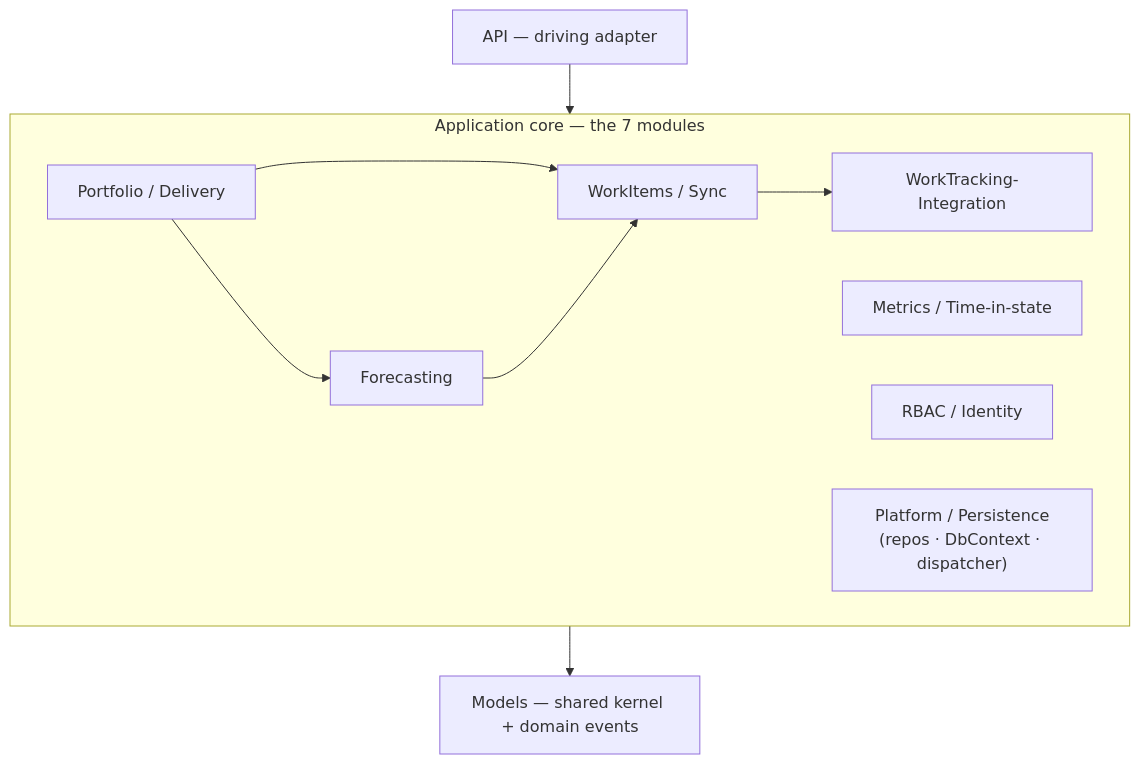
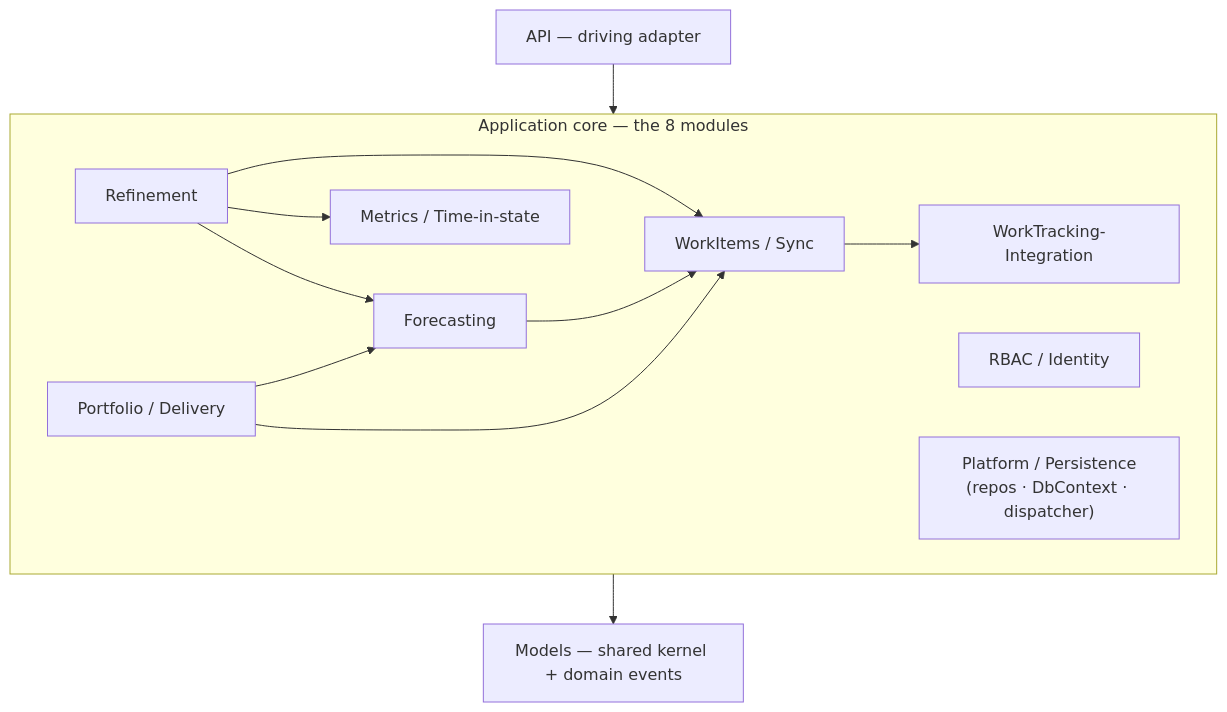
Before and after one commit to LetPeopleWork/Lighthouse: the second of 4 diagrams in ARCHITECTURE.md, drawn with Mermaid. The commit also changed other lines of this file and 16 other files, not shown here.

````diff
--- a/ARCHITECTURE.md
+++ b/ARCHITECTURE.md
@@ -92,20 +93,24 @@
 ```mermaid
 graph TD
   API["API — driving adapter"]
-  subgraph CORE["Application core — the 7 modules"]
+  subgraph CORE["Application core — the 8 modules"]
     WT["WorkTracking-Integration"]
     SYNC["WorkItems / Sync"]
     FC["Forecasting"]
     PD["Portfolio / Delivery"]
     MET["Metrics / Time-in-state"]
     RBAC["RBAC / Identity"]
     PLAT["Platform / Persistence<br/>(repos · DbContext · dispatcher)"]
+    REF["Refinement"]
   end
   KERNEL["Models — shared kernel + domain events"]
   API --> CORE
   CORE --> KERNEL
   SYNC --> WT
   PD --> SYNC
   PD --> FC
   FC --> SYNC
+  REF --> SYNC
+  REF --> FC
+  REF --> MET
 ```
````
